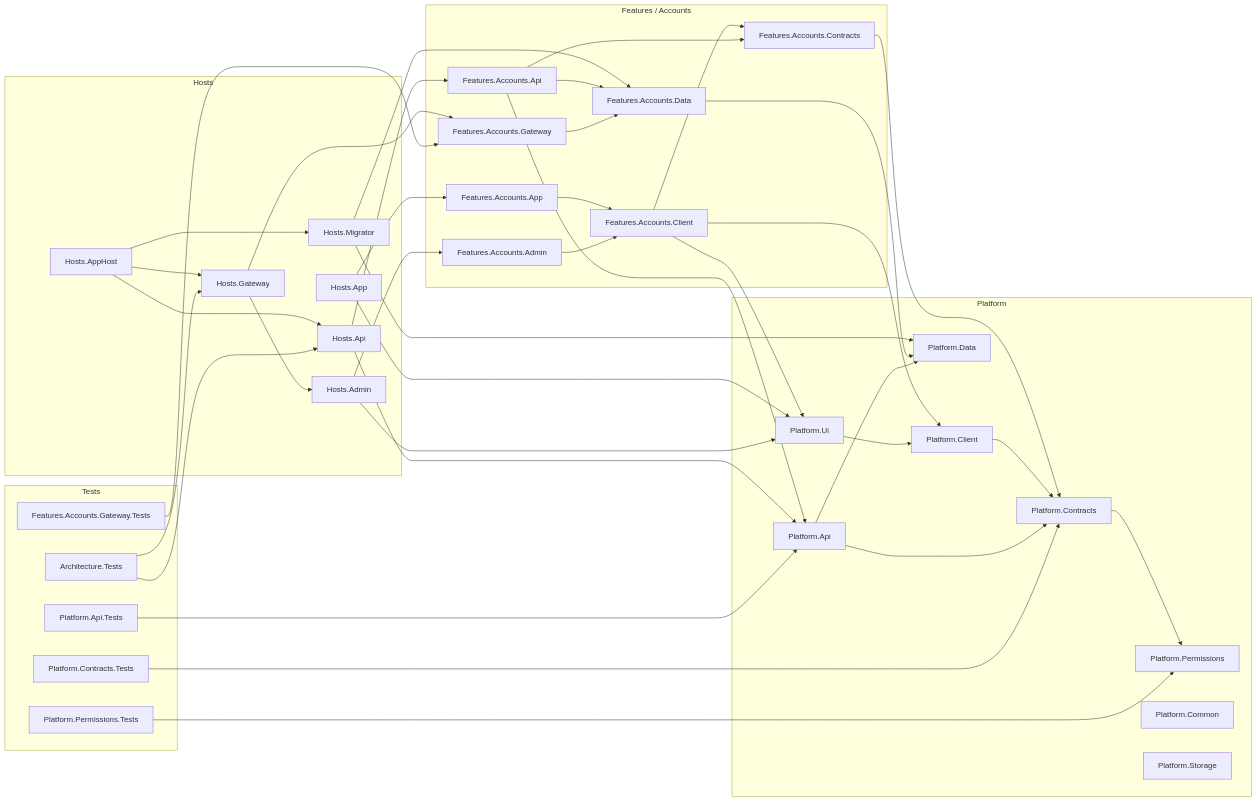
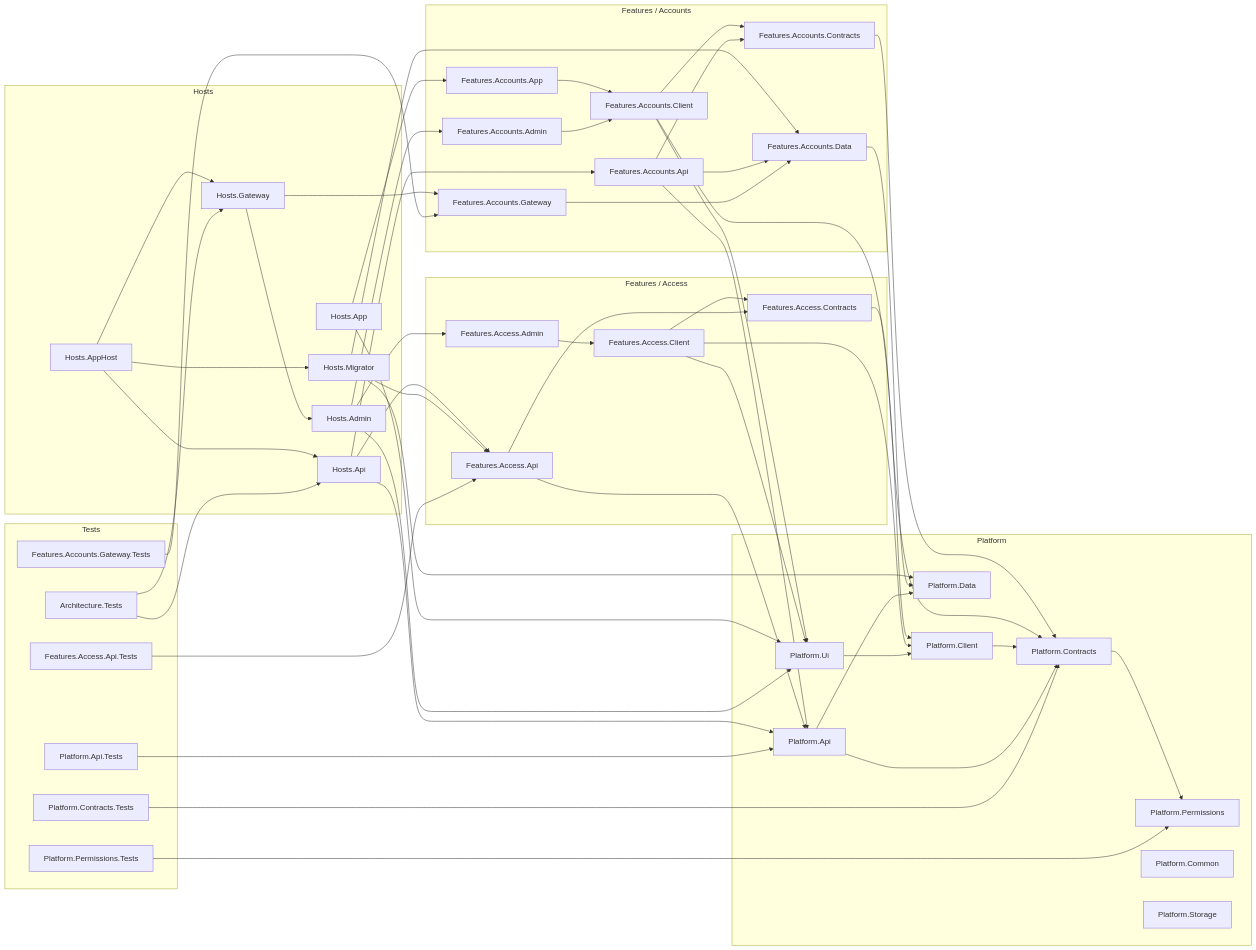
Before and after one commit to Asherslab/GSBC.ChurchApp: the first of 2 diagrams in docs/architecture/repo-layout.md, drawn with Mermaid. The commit also changed other lines of this file and 84 other files, not shown here.

````diff
--- a/docs/architecture/repo-layout.md
+++ b/docs/architecture/repo-layout.md
@@ -63,66 +63,80 @@
 ```mermaid
 flowchart LR
     subgraph Hosts
         HostsApp["Hosts.App"]
         HostsAdmin["Hosts.Admin"]
         HostsGateway["Hosts.Gateway"]
         HostsApi["Hosts.Api"]
         HostsMigrator["Hosts.Migrator"]
         HostsAppHost["Hosts.AppHost"]
     end
 
     subgraph Accounts["Features / Accounts"]
         AccountsApp["Features.Accounts.App"]
         AccountsAdmin["Features.Accounts.Admin"]
         AccountsClient["Features.Accounts.Client"]
         AccountsApi["Features.Accounts.Api"]
         AccountsData["Features.Accounts.Data"]
         AccountsGateway["Features.Accounts.Gateway"]
         AccountsContracts["Features.Accounts.Contracts"]
     end
 
+    subgraph Access["Features / Access"]
+        AccessAdmin["Features.Access.Admin"]
+        AccessClient["Features.Access.Client"]
+        AccessApi["Features.Access.Api"]
+        AccessContracts["Features.Access.Contracts"]
+    end
+
     subgraph Platform
         PlatformUi["Platform.Ui"]
         PlatformClient["Platform.Client"]
         PlatformApi["Platform.Api"]
         PlatformData["Platform.Data"]
         PlatformContracts["Platform.Contracts"]
         PlatformPermissions["Platform.Permissions"]
         PlatformCommon["Platform.Common"]
         PlatformStorage["Platform.Storage"]
     end
 
     subgraph Tests
         ArchitectureTests["Architecture.Tests"]
         PermissionsTests["Platform.Permissions.Tests"]
         ContractsTests["Platform.Contracts.Tests"]
         ApiTests["Platform.Api.Tests"]
         GatewayTests["Features.Accounts.Gateway.Tests"]
+        AccessTests["Features.Access.Api.Tests"]
     end
 
     HostsAppHost --> HostsApi & HostsGateway & HostsMigrator
     HostsGateway --> HostsAdmin & AccountsGateway
     HostsApp --> AccountsApp & PlatformUi
-    HostsAdmin --> PlatformUi & AccountsAdmin
-    HostsApi --> AccountsApi & PlatformApi
-    HostsMigrator --> PlatformData & AccountsData
+    HostsAdmin --> PlatformUi & AccountsAdmin & AccessAdmin
+    HostsApi --> AccountsApi & AccessApi & PlatformApi
+    HostsMigrator --> PlatformData & AccountsData & AccessApi
 
     AccountsApp --> AccountsClient
     AccountsAdmin --> AccountsClient
     AccountsClient --> AccountsContracts & PlatformClient & PlatformUi
     AccountsApi --> AccountsContracts & AccountsData & PlatformApi
     AccountsGateway --> AccountsData
     AccountsContracts --> PlatformContracts
     AccountsData --> PlatformData
+
+    AccessAdmin --> AccessClient
+    AccessClient --> AccessContracts & PlatformClient & PlatformUi
+    AccessApi --> AccessContracts & PlatformApi
+    AccessContracts --> PlatformContracts
 
     PlatformUi --> PlatformClient
     PlatformClient --> PlatformContracts
     PlatformApi --> PlatformContracts & PlatformData
     PlatformContracts --> PlatformPermissions
 
     ArchitectureTests --> HostsApi & HostsGateway
     PermissionsTests --> PlatformPermissions
     ContractsTests --> PlatformContracts
     ApiTests --> PlatformApi
     GatewayTests --> AccountsGateway
+    AccessTests --> AccessApi
 ```
````
